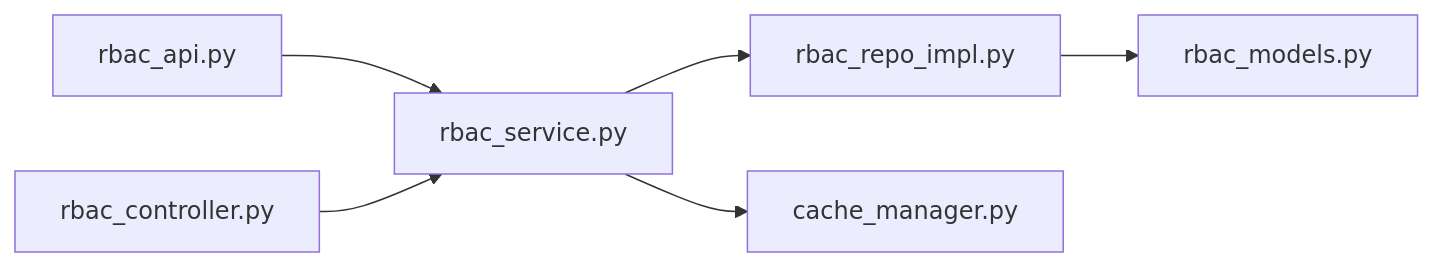
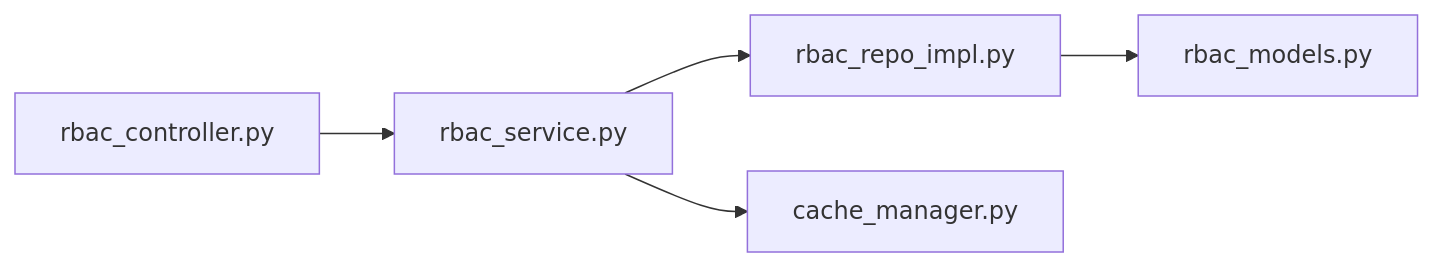
One commit to taoweidong/Hello-Django-Ninja-Api changed the eighth of 8 diagrams in .qoder/repowiki/zh/content/API 接口文档/权限管理接口.md. Above: the diagram before and after it, drawn with Mermaid. The commit also changed other lines of this file and 7 other files, not shown here.

````diff
--- a/.qoder/repowiki/zh/content/API 接口文档/权限管理接口.md
+++ b/.qoder/repowiki/zh/content/API 接口文档/权限管理接口.md
@@ -386,8 +407,7 @@
 ```mermaid
 graph LR
-API["rbac_api.py"] --> SVC["rbac_service.py"]
-CTRL["rbac_controller.py"] --> SVC
+CTRL["rbac_controller.py"] --> SVC["rbac_service.py"]
 SVC --> REPO["rbac_repo_impl.py"]
 REPO --> MODELS["rbac_models.py"]
 SVC --> CACHE["cache_manager.py"]
 ```
````
